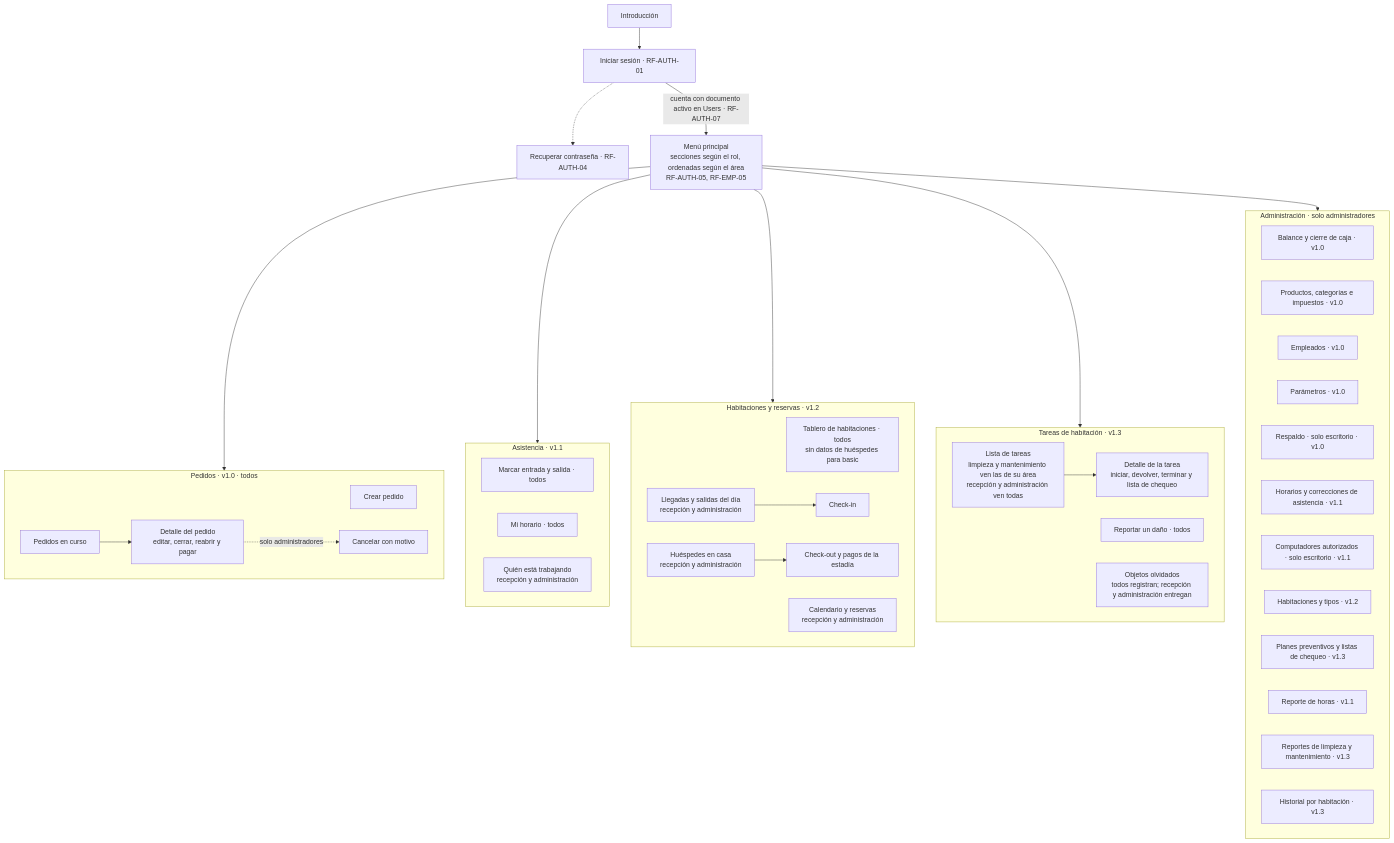
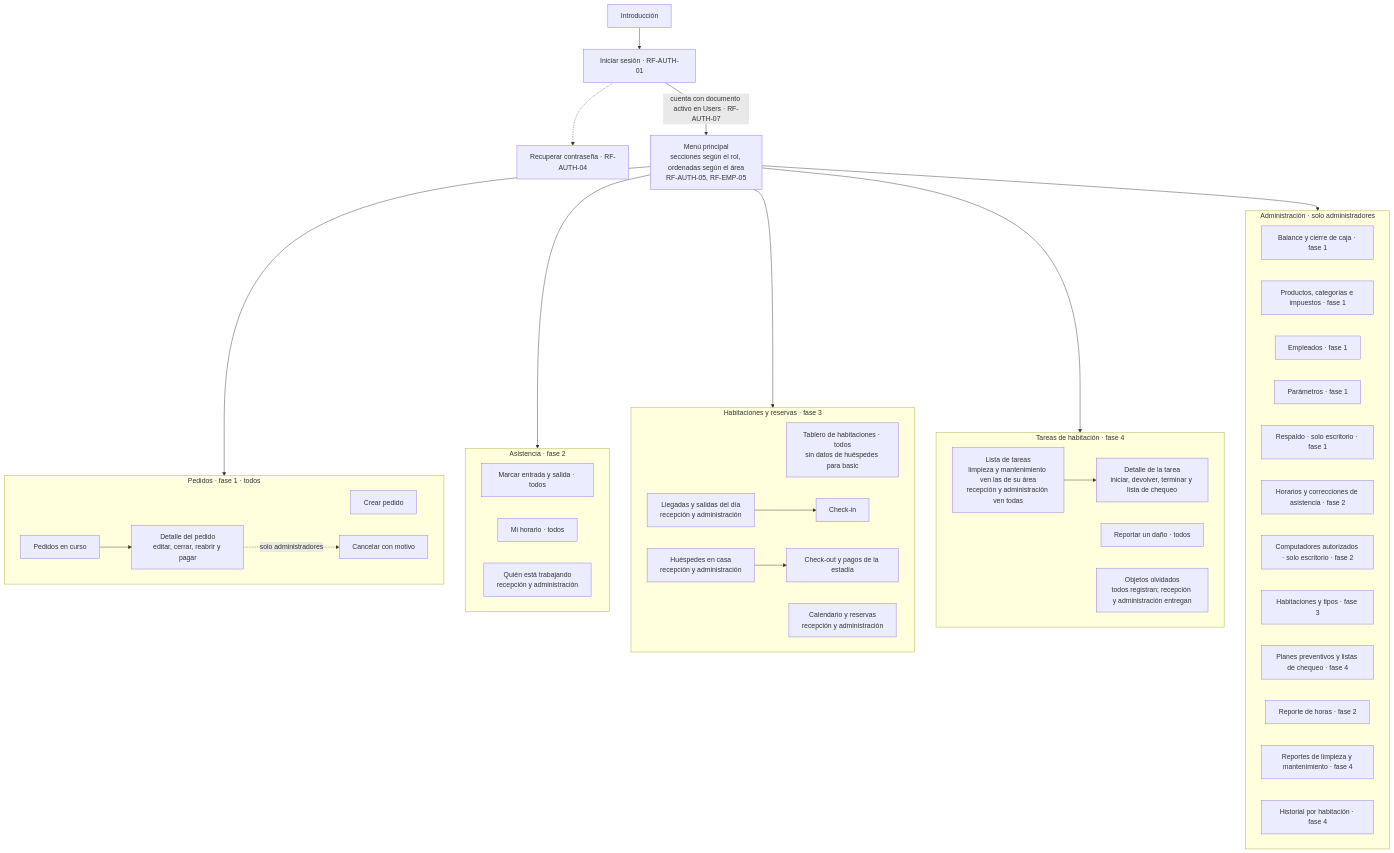
One commit to PeakDevCol/HotelManagement changed the sixth of 13 diagrams in docs/PRD.md. Above: the diagram before and after it, drawn with Mermaid. The commit also changed other lines of this file, not shown here.

````diff
--- a/docs/PRD.md
+++ b/docs/PRD.md
@@ -1027,52 +1056,52 @@
 ```mermaid
 flowchart TD
     intro["Introducción"] --> login["Iniciar sesión · RF-AUTH-01"]
     login -.-> forgotPassword["Recuperar contraseña · RF-AUTH-04"]
     login -->|"cuenta con documento activo en Users · RF-AUTH-07"| menu["Menú principal<br/>secciones según el rol, ordenadas según el área<br/>RF-AUTH-05, RF-EMP-05"]
 
-    subgraph orders ["Pedidos · v1.0 · todos"]
+    subgraph orders ["Pedidos · fase 1 · todos"]
         newOrder["Crear pedido"]
         currentOrders["Pedidos en curso"] --> orderDetail["Detalle del pedido<br/>editar, cerrar, reabrir y pagar"]
         orderDetail -.->|"solo administradores"| cancelOrder["Cancelar con motivo"]
     end
 
-    subgraph attendance ["Asistencia · v1.1"]
+    subgraph attendance ["Asistencia · fase 2"]
         clockInOut["Marcar entrada y salida · todos"]
         mySchedule["Mi horario · todos"]
         whoIsWorking["Quién está trabajando<br/>recepción y administración"]
     end
 
-    subgraph roomsAndReservations ["Habitaciones y reservas · v1.2"]
+    subgraph roomsAndReservations ["Habitaciones y reservas · fase 3"]
         roomBoard["Tablero de habitaciones · todos<br/>sin datos de huéspedes para basic"]
         reservationCalendar["Calendario y reservas<br/>recepción y administración"]
         arrivalsAndDepartures["Llegadas y salidas del día<br/>recepción y administración"] --> checkIn["Check-in"]
         guestsInHouse["Huéspedes en casa<br/>recepción y administración"] --> checkOut["Check-out y pagos de la estadía"]
     end
 
-    subgraph roomTasks ["Tareas de habitación · v1.3"]
+    subgraph roomTasks ["Tareas de habitación · fase 4"]
         taskList["Lista de tareas<br/>limpieza y mantenimiento ven las de su área<br/>recepción y administración ven todas"] --> taskDetail["Detalle de la tarea<br/>iniciar, devolver, terminar y lista de chequeo"]
         reportDamage["Reportar un daño · todos"]
         lostItems["Objetos olvidados<br/>todos registran; recepción y administración entregan"]
     end
 
     subgraph administration ["Administración · solo administradores"]
-        balance["Balance y cierre de caja · v1.0"]
-        inventory["Productos, categorías e impuestos · v1.0"]
-        employees["Empleados · v1.0"]
-        settings["Parámetros · v1.0"]
-        backup["Respaldo · solo escritorio · v1.0"]
-        shifts["Horarios y correcciones de asistencia · v1.1"]
-        authorizedComputers["Computadores autorizados · solo escritorio · v1.1"]
-        roomSetup["Habitaciones y tipos · v1.2"]
-        maintenancePlans["Planes preventivos y listas de chequeo · v1.3"]
-        hoursReport["Reporte de horas · v1.1"]
-        taskReports["Reportes de limpieza y mantenimiento · v1.3"]
-        roomHistory["Historial por habitación · v1.3"]
+        balance["Balance y cierre de caja · fase 1"]
+        inventory["Productos, categorías e impuestos · fase 1"]
+        employees["Empleados · fase 1"]
+        settings["Parámetros · fase 1"]
+        backup["Respaldo · solo escritorio · fase 1"]
+        shifts["Horarios y correcciones de asistencia · fase 2"]
+        authorizedComputers["Computadores autorizados · solo escritorio · fase 2"]
+        roomSetup["Habitaciones y tipos · fase 3"]
+        maintenancePlans["Planes preventivos y listas de chequeo · fase 4"]
+        hoursReport["Reporte de horas · fase 2"]
+        taskReports["Reportes de limpieza y mantenimiento · fase 4"]
+        roomHistory["Historial por habitación · fase 4"]
     end
 
     menu --> orders
     menu --> attendance
     menu --> roomsAndReservations
     menu --> roomTasks
     menu --> administration
 ```
````
